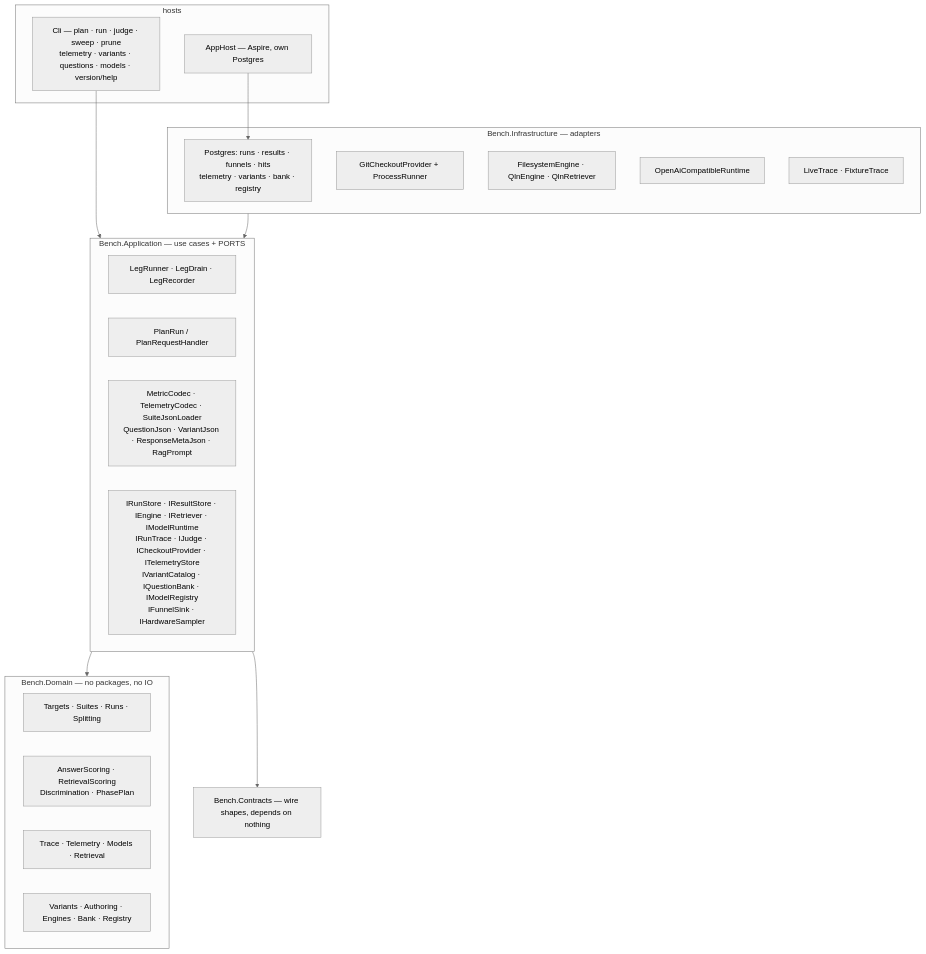
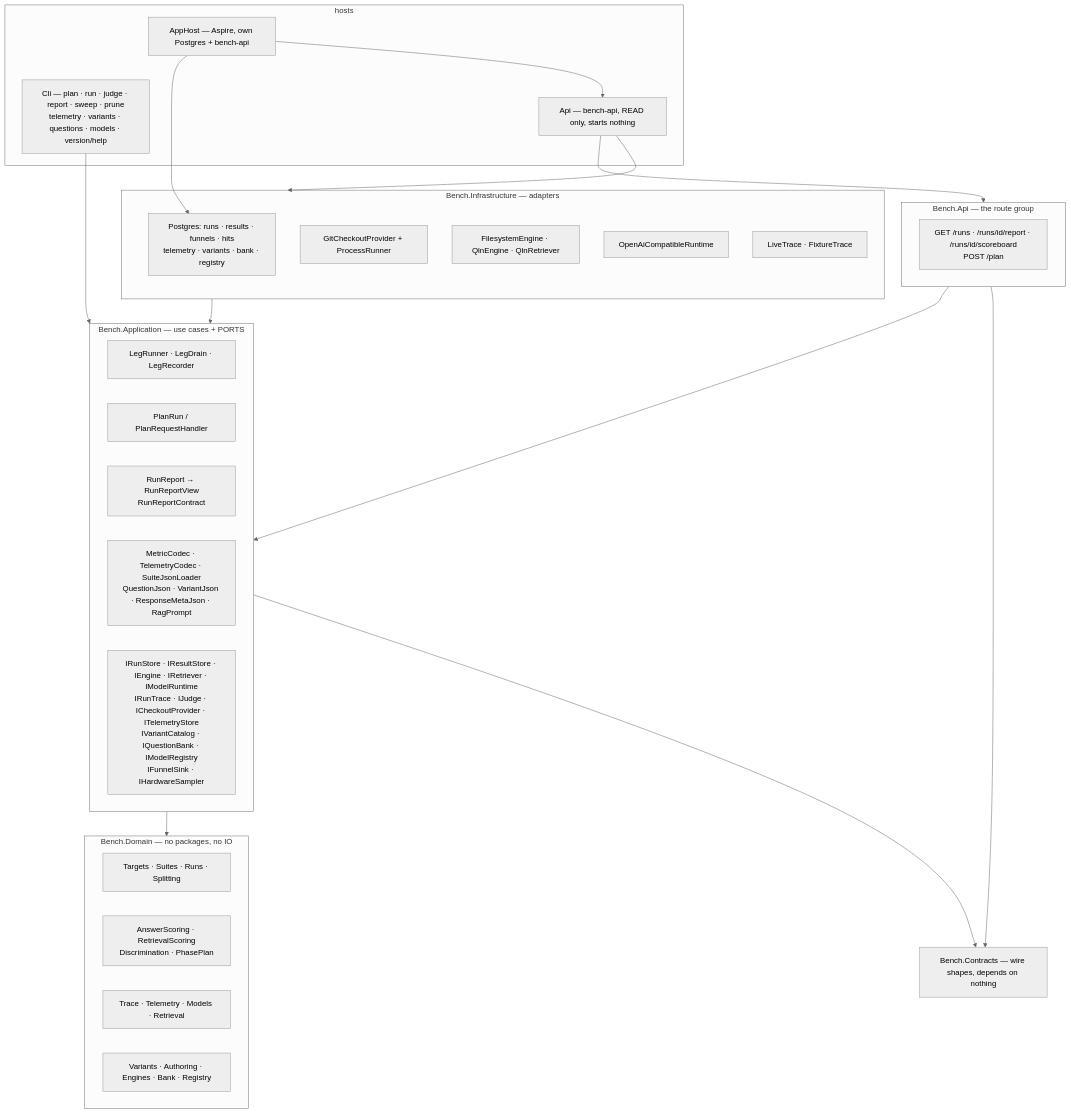
Before and after one commit to oleksandrdubyna88/dew_flow_benchmark: the first of 2 diagrams in research/architecture.md, drawn with Mermaid (neutral theme). The commit also changed other lines of this file and 5 other files, not shown here.

First line of the commit message:
docs(report): the plan is documentation now, and the gap list stops contradicting its own file

````diff
--- a/research/architecture.md
+++ b/research/architecture.md
@@ -19,33 +19,43 @@
 ```mermaid
 flowchart TB
     subgraph hosts["hosts"]
-        cli["Cli — plan · run · judge · sweep · prune<br/>telemetry · variants · questions · models · version/help"]
-        apphost["AppHost — Aspire, own Postgres"]
+        cli["Cli — plan · run · judge · report · sweep · prune<br/>telemetry · variants · questions · models · version/help"]
+        apihost["Api — bench-api, READ only, starts nothing"]
+        apphost["AppHost — Aspire, own Postgres + bench-api"]
+    end
+    subgraph api["Bench.Api — the route group"]
+        routes["GET /runs · /runs/id/report · /runs/id/scoreboard<br/>POST /plan"]
     end
     subgraph app["Bench.Application — use cases + PORTS"]
         runner["LegRunner · LegDrain · LegRecorder"]
         plan["PlanRun / PlanRequestHandler"]
+        report["RunReport → RunReportView<br/>RunReportContract"]
         codecs["MetricCodec · TelemetryCodec · SuiteJsonLoader<br/>QuestionJson · VariantJson · ResponseMetaJson · RagPrompt"]
         ports["IRunStore · IResultStore · IEngine · IRetriever · IModelRuntime<br/>IRunTrace · IJudge · ICheckoutProvider · ITelemetryStore<br/>IVariantCatalog · IQuestionBank · IModelRegistry<br/>IFunnelSink · IHardwareSampler"]
     end
     subgraph dom["Bench.Domain — no packages, no IO"]
         contract["Targets · Suites · Runs · Splitting"]
         scoring["AnswerScoring · RetrievalScoring<br/>Discrimination · PhasePlan"]
         obs["Trace · Telemetry · Models · Retrieval"]
         axes["Variants · Authoring · Engines · Bank · Registry"]
     end
     subgraph infra["Bench.Infrastructure — adapters"]
         pg["Postgres: runs · results · funnels · hits<br/>telemetry · variants · bank · registry"]
         git["GitCheckoutProvider + ProcessRunner"]
         eng["FilesystemEngine · QlnEngine · QlnRetriever"]
         rt["OpenAiCompatibleRuntime"]
         tr["LiveTrace · FixtureTrace"]
     end
     contracts["Bench.Contracts — wire shapes, depends on nothing"]
 
     cli --> app
+    apihost --> api
+    apihost --> infra
+    api --> app
     apphost --> pg
+    apphost --> apihost
     app --> dom
     infra --> app
     app --> contracts
+    api --> contracts
 ```
````
